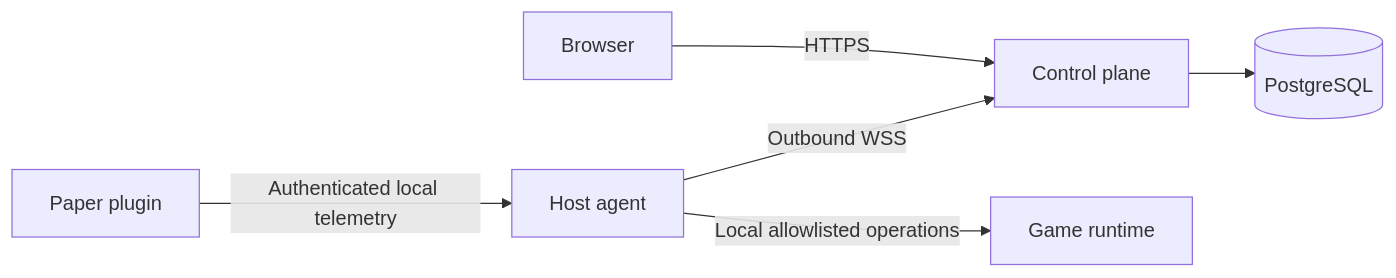
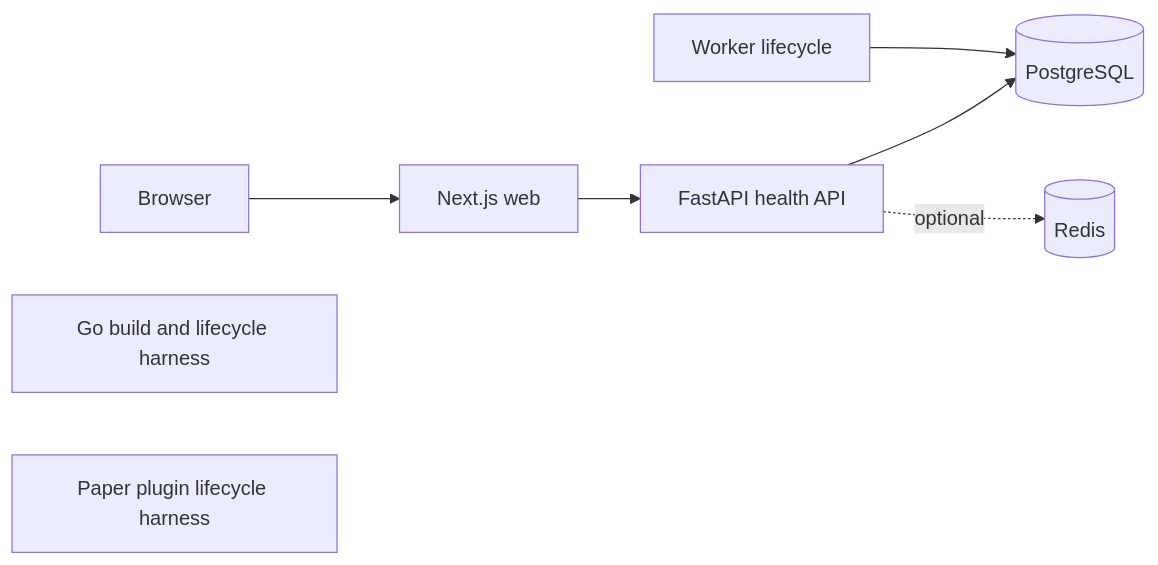
Before and after one commit to ridhgrg-dev/mineCraftServerMonitor: the diagram in README.md, drawn with Mermaid. The commit also changed other lines of this file and 138 other files, not shown here.

````diff
--- a/README.md
+++ b/README.md
@@ -21,8 +7,10 @@
 ```mermaid
 flowchart LR
-  Browser -->|HTTPS| Control[Control plane]
-  Agent[Host agent] -->|Outbound WSS| Control
-  Plugin[Paper plugin] -->|Authenticated local telemetry| Agent
-  Agent -->|Local allowlisted operations| Runtime[Game runtime]
-  Control --> DB[(PostgreSQL)]
+  Browser --> Web[Next.js web]
+  Web --> API[FastAPI health API]
+  API --> PG[(PostgreSQL)]
+  API -. optional .-> Redis[(Redis)]
+  Worker[Worker lifecycle] --> PG
+  Agent[Go build and lifecycle harness]
+  Paper[Paper plugin lifecycle harness]
 ```
````
